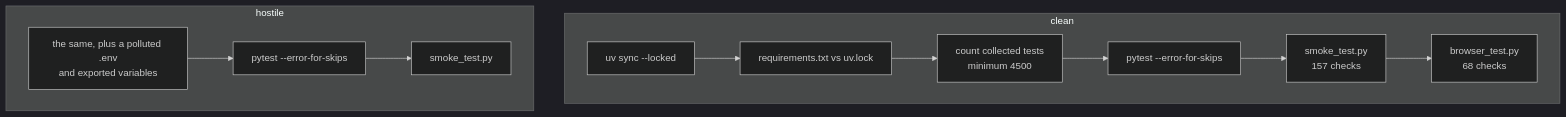
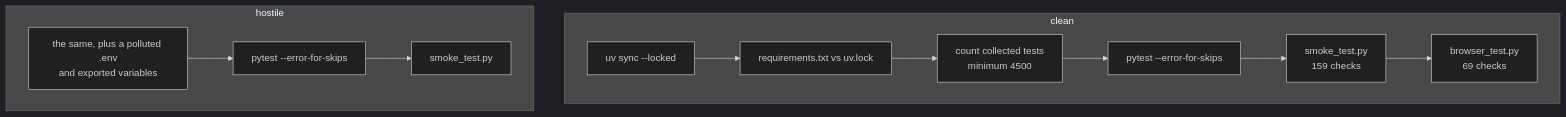
The diagram in docs/testing.md (IAMN1/link-shortener), drawn with Mermaid (dark theme) before and after one commit. The commit also changed other lines of this file and 10 other files, not shown here.

````diff
--- a/docs/testing.md
+++ b/docs/testing.md
@@ -493,12 +493,12 @@
 ```mermaid
 flowchart TD
     subgraph clean["clean"]
         C1[uv sync --locked] --> C2[requirements.txt vs uv.lock]
         C2 --> C3[count collected tests<br/>minimum 4500] --> C4[pytest --error-for-skips]
-        C4 --> C5[smoke_test.py<br/>157 checks] --> C6[browser_test.py<br/>68 checks]
+        C4 --> C5[smoke_test.py<br/>159 checks] --> C6[browser_test.py<br/>69 checks]
     end
     subgraph hostile["hostile"]
         H1[the same, plus a polluted .env<br/>and exported variables] --> H2[pytest --error-for-skips]
         H2 --> H3[smoke_test.py]
     end
 ```
````
